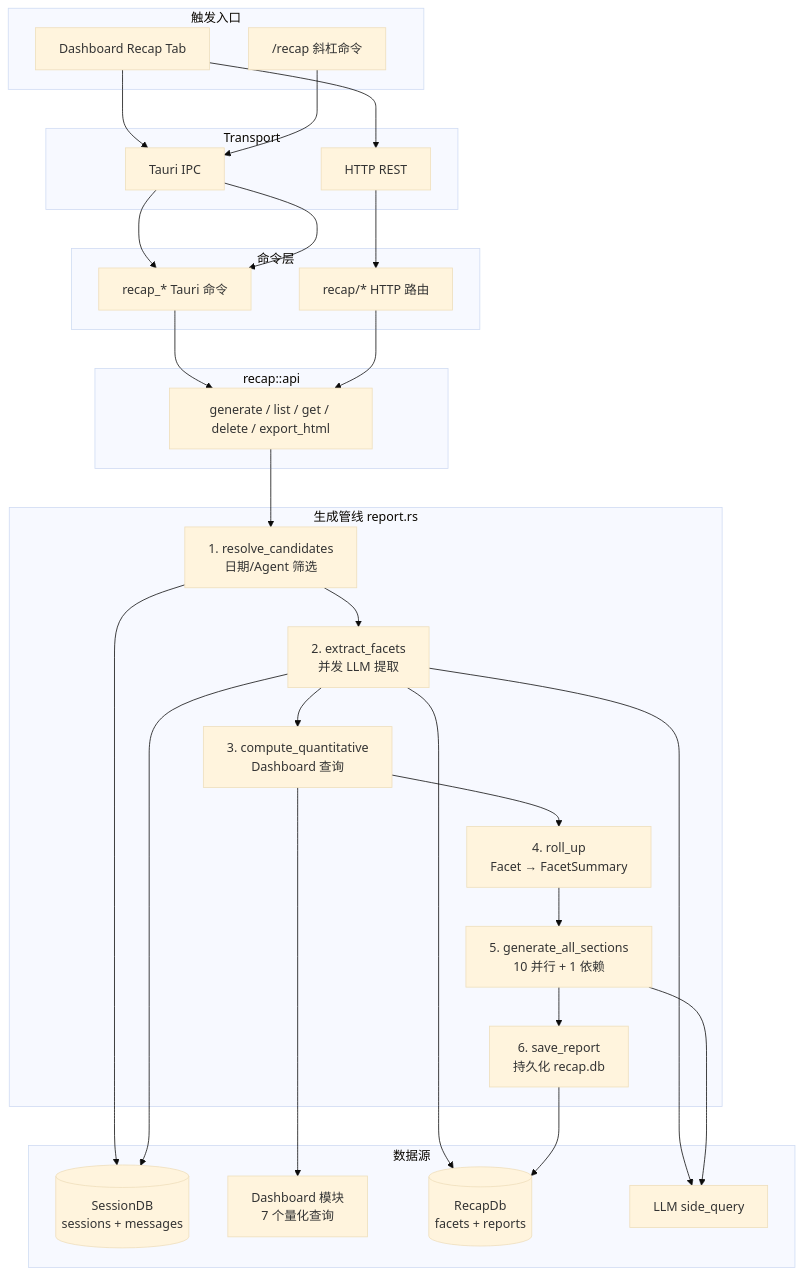
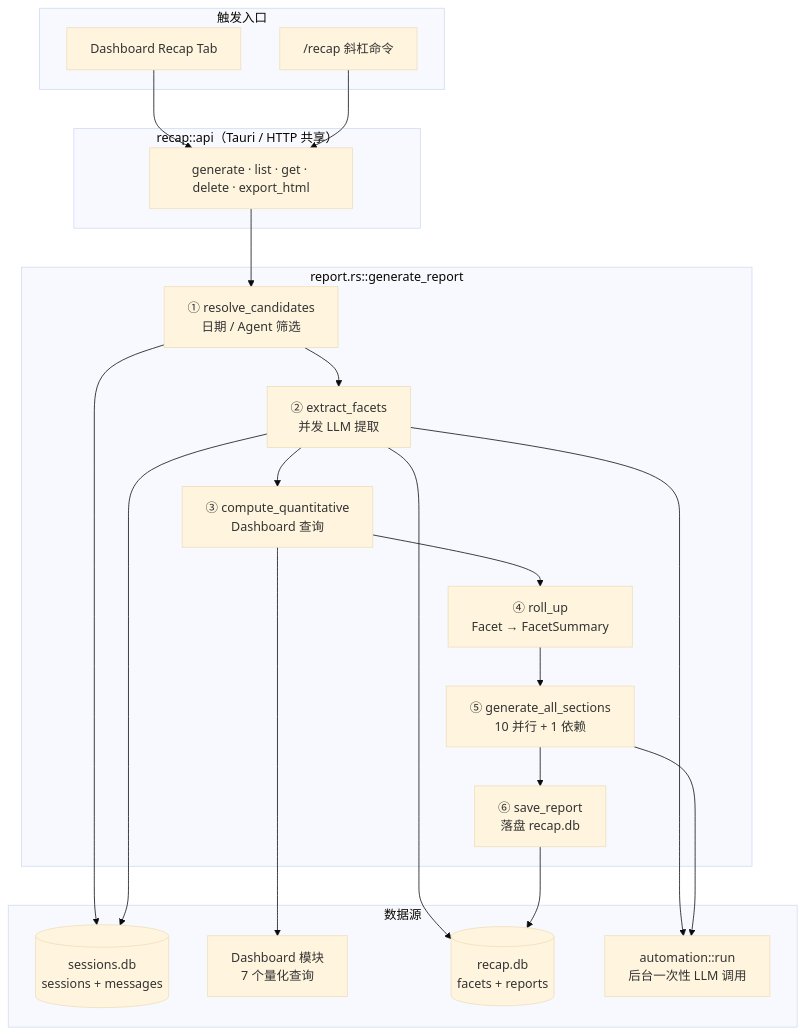
The second of 5 diagrams in docs/architecture/recap.md (shiwenwen/hope-agent), drawn with Mermaid (base theme) before and after one commit. The commit also changed other lines of this file and 7 other files, not shown here.

First line of the commit message:
🦭docs: 补齐 8 篇漏掉的中型文档（ask-user/chat-engine/design-space/lsp/permission-system/recap/self-update/session）

````diff
--- a/docs/architecture/recap.md
+++ b/docs/architecture/recap.md
@@ -32,50 +95,39 @@
 ```mermaid
 graph TB
     subgraph 触发入口
-        DT[Dashboard Recap Tab]
+        DT["Dashboard Recap Tab"]
         SC["/recap 斜杠命令"]
     end
 
-    subgraph Transport
-        TI[Tauri IPC]
-        HT[HTTP REST]
+    subgraph 命令层["recap::api（Tauri / HTTP 共享）"]
+        API["generate · list · get · delete · export_html"]
     end
 
-    subgraph 命令层
-        TC[recap_* Tauri 命令]
-        HR["recap/* HTTP 路由"]
-    end
-
-    subgraph recap::api
-        API[generate / list / get / delete / export_html]
-    end
-
-    subgraph 生成管线 report.rs
-        R1[1. resolve_candidates<br/>日期/Agent 筛选]
-        R2[2. extract_facets<br/>并发 LLM 提取]
-        R3[3. compute_quantitative<br/>Dashboard 查询]
-        R4[4. roll_up<br/>Facet → FacetSummary]
-        R5[5. generate_all_sections<br/>10 并行 + 1 依赖]
-        R6[6. save_report<br/>持久化 recap.db]
+    subgraph 管线["report.rs::generate_report"]
+        R1["① resolve_candidates<br/>日期 / Agent 筛选"]
+        R2["② extract_facets<br/>并发 LLM 提取"]
+        R3["③ compute_quantitative<br/>Dashboard 查询"]
+        R4["④ roll_up<br/>Facet → FacetSummary"]
+        R5["⑤ generate_all_sections<br/>10 并行 + 1 依赖"]
+        R6["⑥ save_report<br/>落盘 recap.db"]
     end
 
     subgraph 数据源
-        SDB[(SessionDB<br/>sessions + messages)]
-        DASH[Dashboard 模块<br/>7 个量化查询]
-        RDB[(RecapDb<br/>facets + reports)]
-        LLM[LLM side_query]
+        SDB[("sessions.db<br/>sessions + messages")]
+        DASH["Dashboard 模块<br/>7 个量化查询"]
+        RDB[("recap.db<br/>facets + reports")]
+        LLM["automation::run<br/>后台一次性 LLM 调用"]
     end
 
-    DT --> TI --> TC --> API
-    SC --> TI --> TC
-    DT --> HT --> HR --> API
+    DT --> API
+    SC --> API
     API --> R1 --> R2 --> R3 --> R4 --> R5 --> R6
 
     R1 --> SDB
     R2 --> SDB
     R2 --> LLM
     R2 --> RDB
     R3 --> DASH
     R5 --> LLM
     R6 --> RDB
 ```
````
